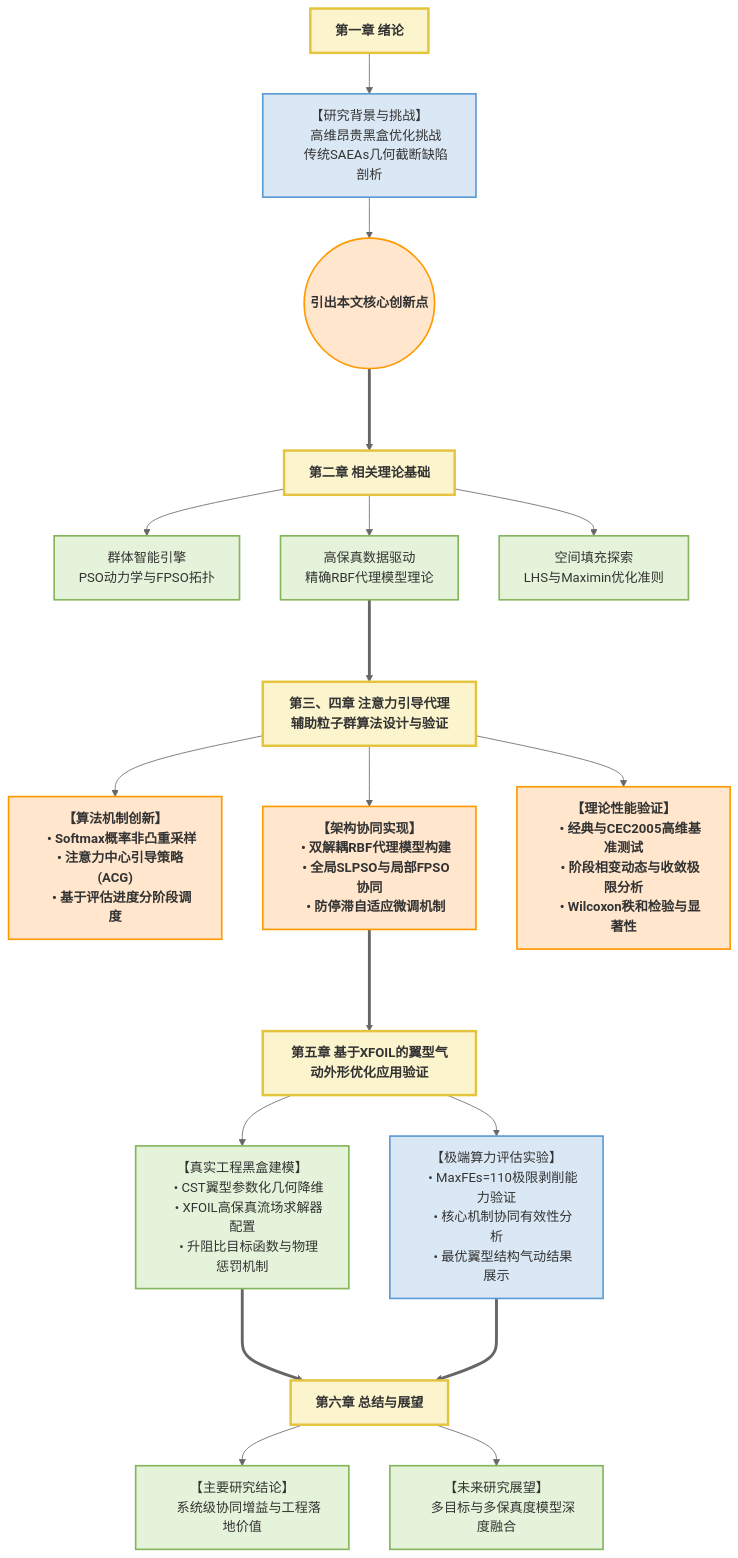
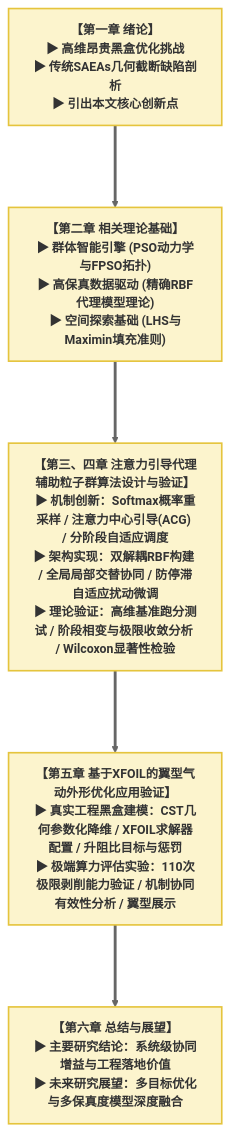
One commit to cccklm/iodraw-files changed the diagram in all/未命名-4.md. Above: the diagram before and after it, drawn with Mermaid (neutral theme).

Commit message:
2026-03-11 13:47:16 update

````diff
--- a/all/未命名-4.md
+++ b/all/未命名-4.md
@@ -1,64 +1,16 @@
 ```mermaid
 flowchart TD
-    %% 定义主题颜色样式 
-    classDef mainNode fill:#fcf4cd,stroke:#e5c43d,stroke-width:3px,color:#333,font-weight:bold,font-size:16px;
-    classDef highlight fill:#ffe6cc,stroke:#ff9900,stroke-width:2px,color:#333,font-weight:bold;
-    classDef lightGreen fill:#e4f3d9,stroke:#85b55c,stroke-width:2px,color:#333;
-    classDef lightBlue fill:#dae8f5,stroke:#5b9bd5,stroke-width:2px,color:#333;
+    classDef main fill:#fcf4cd,stroke:#e5c43d,stroke-width:2px,color:#333,font-weight:bold,font-size:15px;
 
-    %% --- 模块一与模块二 ---
-    CH1["第一章 绪论"]:::mainNode --> B1["【研究背景与挑战】
-    高维昂贵黑盒优化挑战
-    传统SAEAs几何截断缺陷剖析"]:::lightBlue
+    L1["【第一章 绪论】<br/>▶ 高维昂贵黑盒优化挑战<br/>▶ 传统SAEAs几何截断缺陷剖析<br/>▶ 引出本文核心创新点"]:::main
     
-    B1 --> B2(("引出本文核心创新点")):::highlight
+    L2["【第二章 相关理论基础】<br/>▶ 群体智能引擎 (PSO动力学与FPSO拓扑)<br/>▶ 高保真数据驱动 (精确RBF代理模型理论)<br/>▶ 空间探索基础 (LHS与Maximin填充准则)"]:::main
+    
+    L3["【第三、四章 注意力引导代理辅助粒子群算法设计与验证】<br/>▶ 机制创新：Softmax概率重采样 / 注意力中心引导(ACG) / 分阶段自适应调度<br/>▶ 架构实现：双解耦RBF构建 / 全局局部交替协同 / 防停滞自适应扰动微调<br/>▶ 理论验证：高维基准跑分测试 / 阶段相变与极限收敛分析 / Wilcoxon显著性检验"]:::main
+    
+    L4["【第五章 基于XFOIL的翼型气动外形优化应用验证】<br/>▶ 真实工程黑盒建模：CST几何参数化降维 / XFOIL求解器配置 / 升阻比目标与惩罚<br/>▶ 极端算力评估实验：110次极限剥削能力验证 / 机制协同有效性分析 / 翼型展示"]:::main
+    
+    L5["【第六章 总结与展望】<br/>▶ 主要研究结论：系统级协同增益与工程落地价值<br/>▶ 未来研究展望：多目标优化与多保真度模型深度融合"]:::main
 
-    B2 ===> CH2["第二章 相关理论基础"]:::mainNode
-
-    CH2 --> T1["群体智能引擎
-    PSO动力学与FPSO拓扑"]:::lightGreen
-    CH2 --> T2["高保真数据驱动
-    精确RBF代理模型理论"]:::lightGreen
-    CH2 --> T3["空间填充探索
-    LHS与Maximin优化准则"]:::lightGreen
-
-    %% --- 模块三 ---
-    T2 ===> CH3["第三、四章 注意力引导代理辅助粒子群算法设计与验证"]:::mainNode
-
-    CH3 --> D1["【算法机制创新】
-    • Softmax概率非凸重采样
-    • 注意力中心引导策略 (ACG)
-    • 基于评估进度分阶段调度"]:::highlight
-
-    CH3 --> D2["【架构协同实现】
-    • 双解耦RBF代理模型构建
-    • 全局SLPSO与局部FPSO协同
-    • 防停滞自适应微调机制"]:::highlight
-
-    CH3 --> D3["【理论性能验证】
-    • 经典与CEC2005高维基准测试
-    • 阶段相变动态与收敛极限分析
-    • Wilcoxon秩和检验与显著性"]:::highlight
-
-    %% --- 模块四 ---
-    D2 ===> CH5["第五章 基于XFOIL的翼型气动外形优化应用验证"]:::mainNode
-
-    CH5 --> A1["【真实工程黑盒建模】
-    • CST翼型参数化几何降维
-    • XFOIL高保真流场求解器配置
-    • 升阻比目标函数与物理惩罚机制"]:::lightGreen
-
-    CH5 --> A2["【极端算力评估实验】
-    • MaxFEs=110极限剥削能力验证
-    • 核心机制协同有效性分析
-    • 最优翼型结构气动结果展示"]:::lightBlue
-
-    %% --- 模块五 ---
-    A1 & A2 ===> CH6["第六章 总结与展望"]:::mainNode
-
-    CH6 --> C1["【主要研究结论】
-    系统级协同增益与工程落地价值"]:::lightGreen
-    
-    CH6 --> C2["【未来研究展望】
-    多目标与多保真度模型深度融合"]:::lightGreen
+    L1 ===> L2 ===> L3 ===> L4 ===> L5
 ```
````
